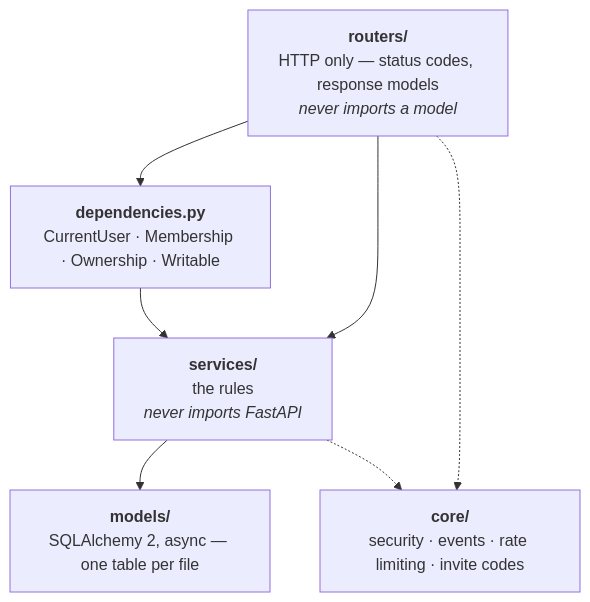
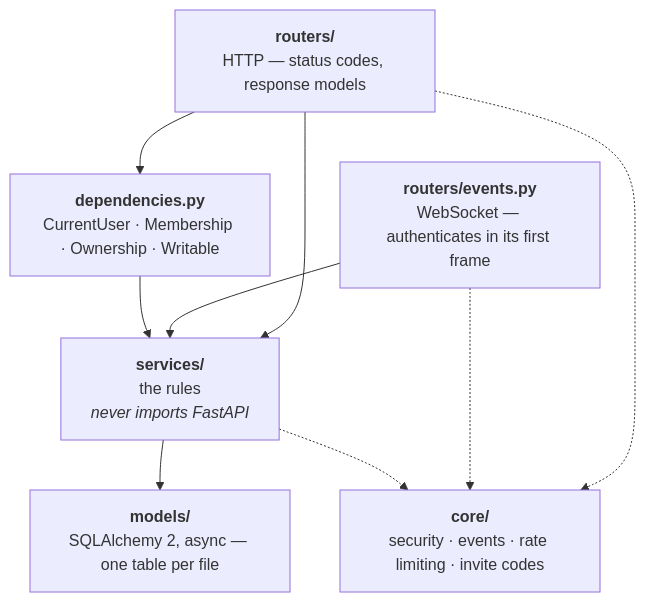
The second of 9 diagrams in docs/ARCHITECTURE.md (ghiacciolodev/ToDoTrip), drawn with Mermaid before and after one commit. The commit also changed other lines of this file and 4 other files, not shown here.

````diff
--- a/docs/ARCHITECTURE.md
+++ b/docs/ARCHITECTURE.md
@@ -58,15 +58,18 @@
 ```mermaid
 flowchart TD
-    r["<b>routers/</b><br/>HTTP only — status codes, response models<br/><i>never imports a model</i>"]
+    r["<b>routers/</b><br/>HTTP — status codes, response models"]
+    w["<b>routers/events.py</b><br/>WebSocket — authenticates in its first frame"]
     d["<b>dependencies.py</b><br/>CurrentUser · Membership · Ownership · Writable"]
     s["<b>services/</b><br/>the rules<br/><i>never imports FastAPI</i>"]
     m["<b>models/</b><br/>SQLAlchemy 2, async — one table per file"]
     c["<b>core/</b><br/>security · events · rate limiting · invite codes"]
 
     r --> d
     r --> s
+    w --> s
     d --> s
     s --> m
     r -.-> c
+    w -.-> c
     s -.-> c
 ```
````
